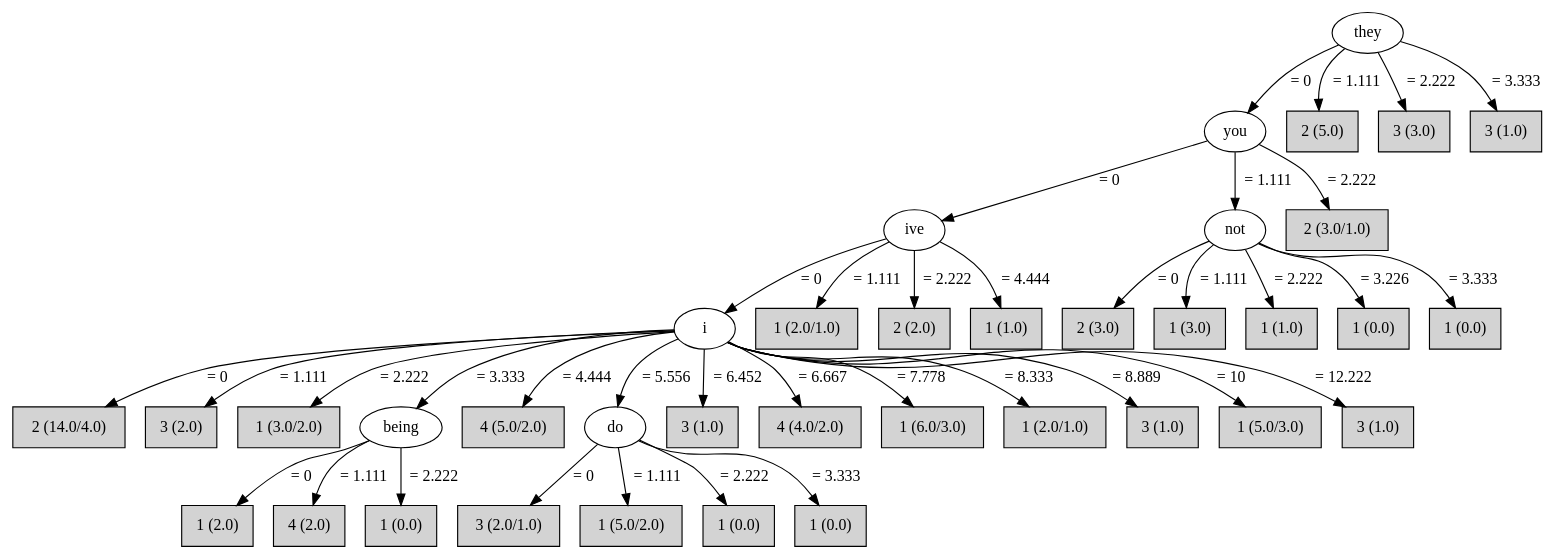
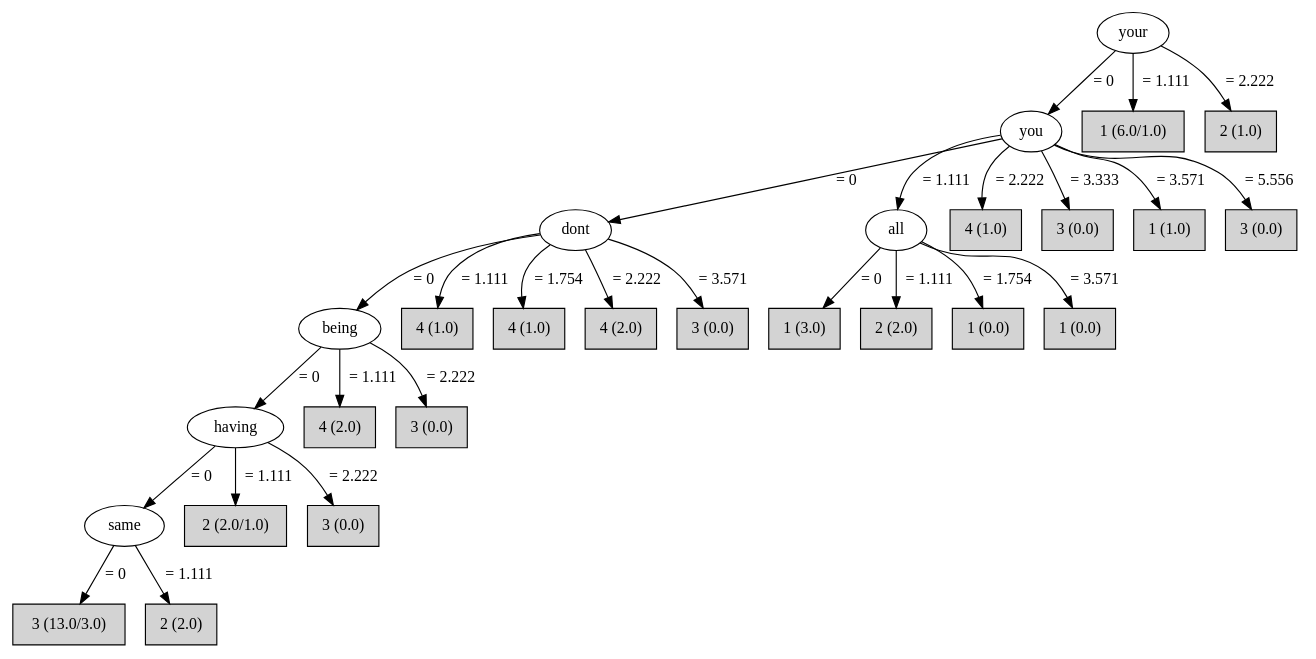
The diagram in app/assets/images/dots/class4.dot (einnor/StylometryProject), drawn with Graphviz before and after one commit. The commit also changed 55 other files, not shown here.

```diff
--- a/app/assets/images/dots/class4.dot
+++ b/app/assets/images/dots/class4.dot
@@ -1,75 +1,55 @@
 digraph J48Tree {
-N0 [label="they" ]
+N0 [label="your" ]
 N0->N1 [label="= 0"]
 N1 [label="you" ]
 N1->N2 [label="= 0"]
-N2 [label="ive" ]
+N2 [label="dont" ]
 N2->N3 [label="= 0"]
-N3 [label="i" ]
+N3 [label="being" ]
 N3->N4 [label="= 0"]
-N4 [label="2 (14.0/4.0)" shape=box style=filled ]
-N3->N5 [label="= 1.111"]
-N5 [label="3 (2.0)" shape=box style=filled ]
-N3->N6 [label="= 2.222"]
-N6 [label="1 (3.0/2.0)" shape=box style=filled ]
-N3->N7 [label="= 3.333"]
-N7 [label="being" ]
-N7->N8 [label="= 0"]
-N8 [label="1 (2.0)" shape=box style=filled ]
-N7->N9 [label="= 1.111"]
-N9 [label="4 (2.0)" shape=box style=filled ]
-N7->N10 [label="= 2.222"]
-N10 [label="1 (0.0)" shape=box style=filled ]
-N3->N11 [label="= 4.444"]
-N11 [label="4 (5.0/2.0)" shape=box style=filled ]
-N3->N12 [label="= 5.556"]
-N12 [label="do" ]
-N12->N13 [label="= 0"]
-N13 [label="3 (2.0/1.0)" shape=box style=filled ]
-N12->N14 [label="= 1.111"]
-N14 [label="1 (5.0/2.0)" shape=box style=filled ]
-N12->N15 [label="= 2.222"]
-N15 [label="1 (0.0)" shape=box style=filled ]
-N12->N16 [label="= 3.333"]
-N16 [label="1 (0.0)" shape=box style=filled ]
-N3->N17 [label="= 6.452"]
-N17 [label="3 (1.0)" shape=box style=filled ]
-N3->N18 [label="= 6.667"]
-N18 [label="4 (4.0/2.0)" shape=box style=filled ]
-N3->N19 [label="= 7.778"]
-N19 [label="1 (6.0/3.0)" shape=box style=filled ]
-N3->N20 [label="= 8.333"]
-N20 [label="1 (2.0/1.0)" shape=box style=filled ]
-N3->N21 [label="= 8.889"]
-N21 [label="3 (1.0)" shape=box style=filled ]
-N3->N22 [label="= 10"]
-N22 [label="1 (5.0/3.0)" shape=box style=filled ]
-N3->N23 [label="= 12.222"]
-N23 [label="3 (1.0)" shape=box style=filled ]
-N2->N24 [label="= 1.111"]
-N24 [label="1 (2.0/1.0)" shape=box style=filled ]
-N2->N25 [label="= 2.222"]
-N25 [label="2 (2.0)" shape=box style=filled ]
-N2->N26 [label="= 4.444"]
-N26 [label="1 (1.0)" shape=box style=filled ]
-N1->N27 [label="= 1.111"]
-N27 [label="not" ]
-N27->N28 [label="= 0"]
-N28 [label="2 (3.0)" shape=box style=filled ]
-N27->N29 [label="= 1.111"]
-N29 [label="1 (3.0)" shape=box style=filled ]
-N27->N30 [label="= 2.222"]
-N30 [label="1 (1.0)" shape=box style=filled ]
-N27->N31 [label="= 3.226"]
-N31 [label="1 (0.0)" shape=box style=filled ]
-N27->N32 [label="= 3.333"]
-N32 [label="1 (0.0)" shape=box style=filled ]
-N1->N33 [label="= 2.222"]
-N33 [label="2 (3.0/1.0)" shape=box style=filled ]
-N0->N34 [label="= 1.111"]
-N34 [label="2 (5.0)" shape=box style=filled ]
-N0->N35 [label="= 2.222"]
-N35 [label="3 (3.0)" shape=box style=filled ]
-N0->N36 [label="= 3.333"]
-N36 [label="3 (1.0)" shape=box style=filled ]
+N4 [label="having" ]
+N4->N5 [label="= 0"]
+N5 [label="same" ]
+N5->N6 [label="= 0"]
+N6 [label="3 (13.0/3.0)" shape=box style=filled ]
+N5->N7 [label="= 1.111"]
+N7 [label="2 (2.0)" shape=box style=filled ]
+N4->N8 [label="= 1.111"]
+N8 [label="2 (2.0/1.0)" shape=box style=filled ]
+N4->N9 [label="= 2.222"]
+N9 [label="3 (0.0)" shape=box style=filled ]
+N3->N10 [label="= 1.111"]
+N10 [label="4 (2.0)" shape=box style=filled ]
+N3->N11 [label="= 2.222"]
+N11 [label="3 (0.0)" shape=box style=filled ]
+N2->N12 [label="= 1.111"]
+N12 [label="4 (1.0)" shape=box style=filled ]
+N2->N13 [label="= 1.754"]
+N13 [label="4 (1.0)" shape=box style=filled ]
+N2->N14 [label="= 2.222"]
+N14 [label="4 (2.0)" shape=box style=filled ]
+N2->N15 [label="= 3.571"]
+N15 [label="3 (0.0)" shape=box style=filled ]
+N1->N16 [label="= 1.111"]
+N16 [label="all" ]
+N16->N17 [label="= 0"]
+N17 [label="1 (3.0)" shape=box style=filled ]
+N16->N18 [label="= 1.111"]
+N18 [label="2 (2.0)" shape=box style=filled ]
+N16->N19 [label="= 1.754"]
+N19 [label="1 (0.0)" shape=box style=filled ]
+N16->N20 [label="= 3.571"]
+N20 [label="1 (0.0)" shape=box style=filled ]
+N1->N21 [label="= 2.222"]
+N21 [label="4 (1.0)" shape=box style=filled ]
+N1->N22 [label="= 3.333"]
+N22 [label="3 (0.0)" shape=box style=filled ]
+N1->N23 [label="= 3.571"]
+N23 [label="1 (1.0)" shape=box style=filled ]
+N1->N24 [label="= 5.556"]
+N24 [label="3 (0.0)" shape=box style=filled ]
+N0->N25 [label="= 1.111"]
+N25 [label="1 (6.0/1.0)" shape=box style=filled ]
+N0->N26 [label="= 2.222"]
+N26 [label="2 (1.0)" shape=box style=filled ]
 }
```
